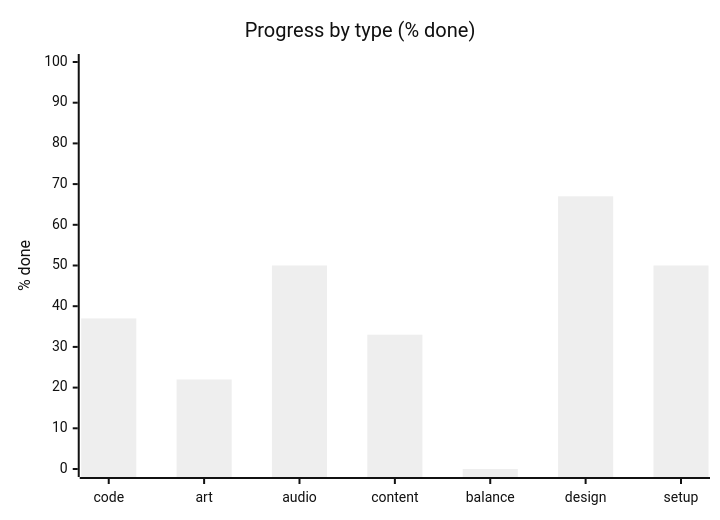
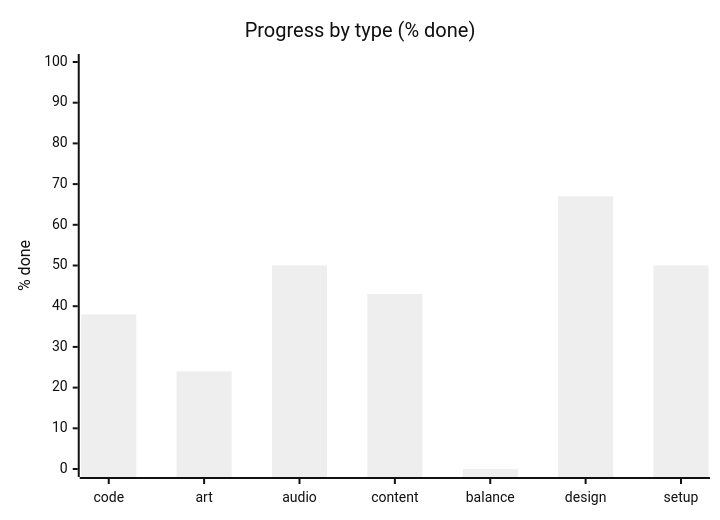
One commit to artemiiShabanov/RallyRivals changed the second of 3 diagrams in STATUS.md. Above: the diagram before and after it, drawn with Mermaid (neutral theme). The commit also changed other lines of this file and 3 other files, not shown here.

````diff
--- a/STATUS.md
+++ b/STATUS.md
@@ -17,7 +17,7 @@
 ```mermaid
 xychart-beta
     title "Progress by type (% done)"
     x-axis ["code", "art", "audio", "content", "balance", "design", "setup"]
     y-axis "% done" 0 --> 100
-    bar [37, 22, 50, 33, 0, 67, 50]
+    bar [38, 24, 50, 43, 0, 67, 50]
 ```
````
